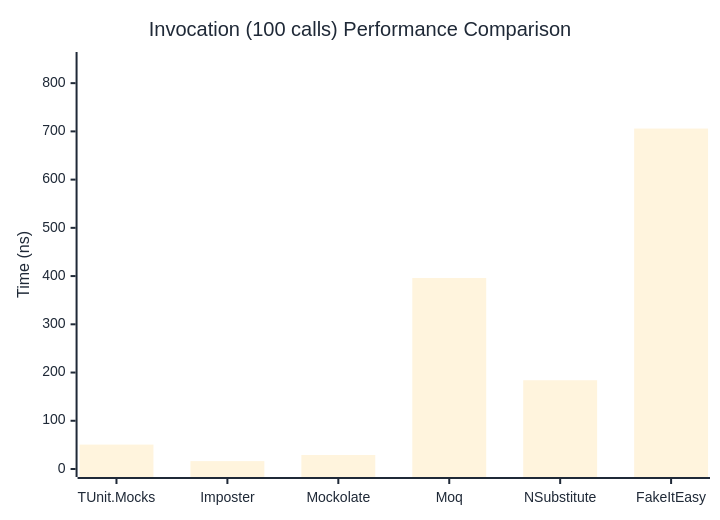
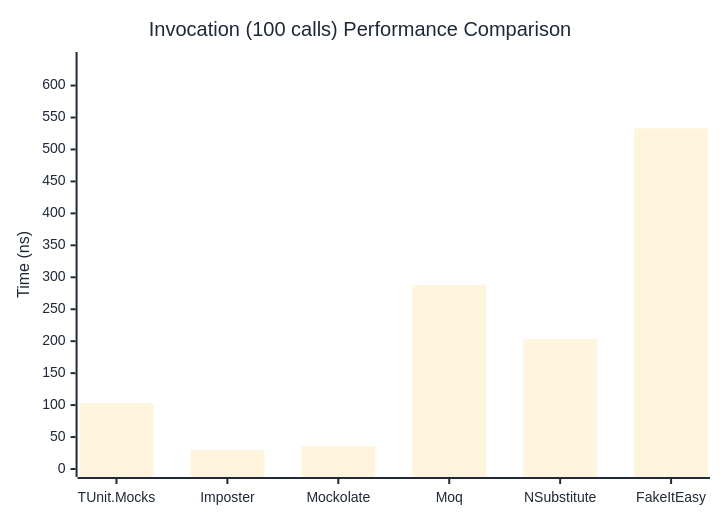
The first of 3 diagrams in docs/docs/benchmarks/mocks/Invocation.md (thomhurst/TUnit), drawn with Mermaid before and after one commit. The commit also changed other lines of this file and 14 other files, not shown here.

````diff
--- a/docs/docs/benchmarks/mocks/Invocation.md
+++ b/docs/docs/benchmarks/mocks/Invocation.md
@@ -32,27 +32,27 @@
 ```mermaid
 %%{init: {
   'theme':'base',
   'themeVariables': {
     'primaryColor': '#2563eb',
     'primaryTextColor': '#1f2937',
     'primaryBorderColor': '#1e40af',
     'lineColor': '#6b7280',
     'secondaryColor': '#7c3aed',
     'tertiaryColor': '#dc2626',
     'background': '#ffffff',
     'pie1': '#2563eb',
     'pie2': '#7c3aed',
     'pie3': '#dc2626',
     'pie4': '#f59e0b',
     'pie5': '#10b981',
     'pie6': '#06b6d4',
     'pie7': '#ec4899',
     'pie8': '#6366f1'
   }
 }}%%
 xychart-beta
   title "Invocation (100 calls) Performance Comparison"
   x-axis ["TUnit.Mocks", "Imposter", "Mockolate", "Moq", "NSubstitute", "FakeItEasy"]
-  y-axis "Time (ns)" 0 --> 848
-  bar [50.59, 16.35, 29.04, 395.97, 184.03, 705.85]
+  y-axis "Time (ns)" 0 --> 640
+  bar [103.21, 29.6, 36.13, 288.12, 203.39, 532.94]
 ```
````
